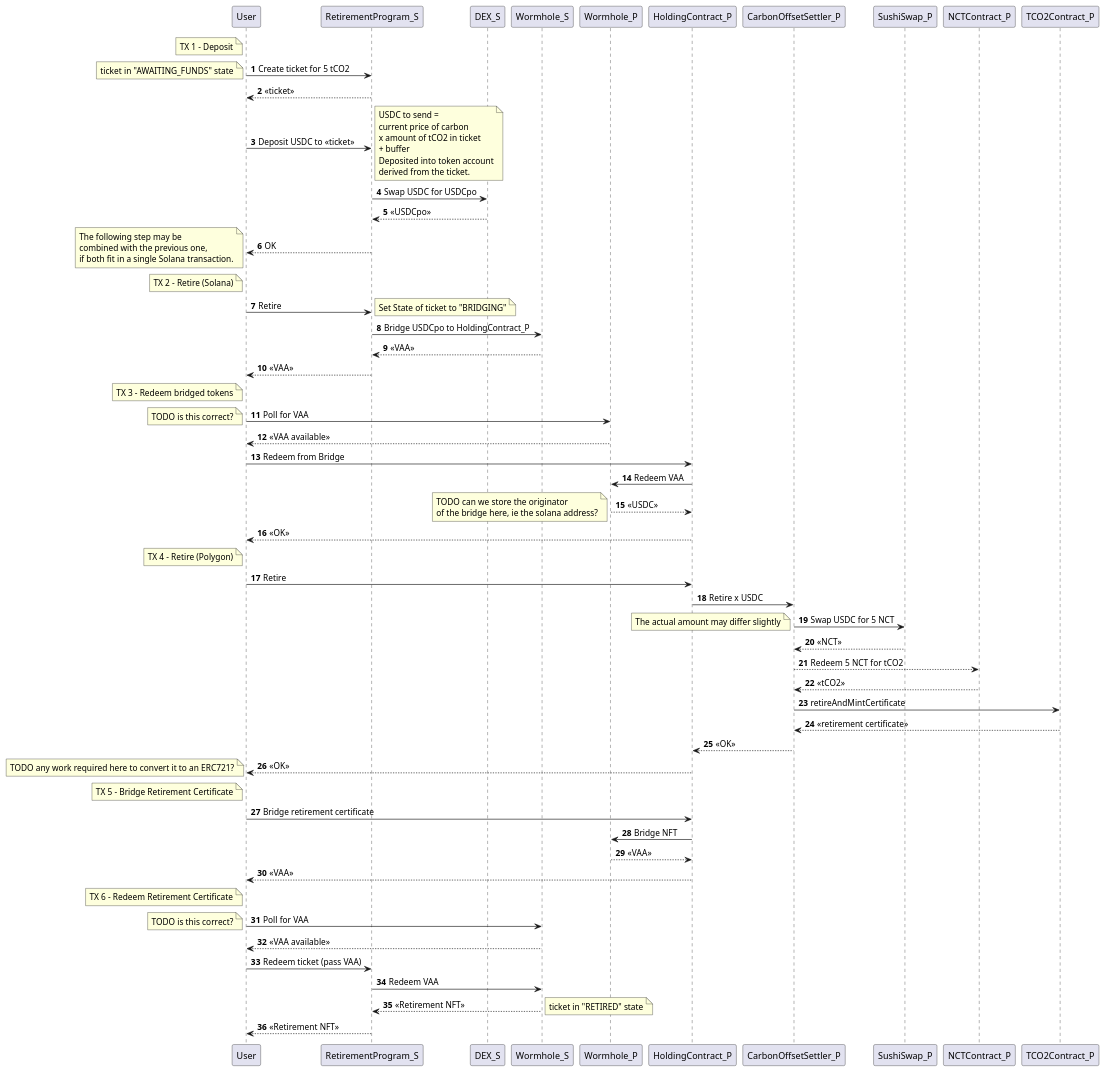
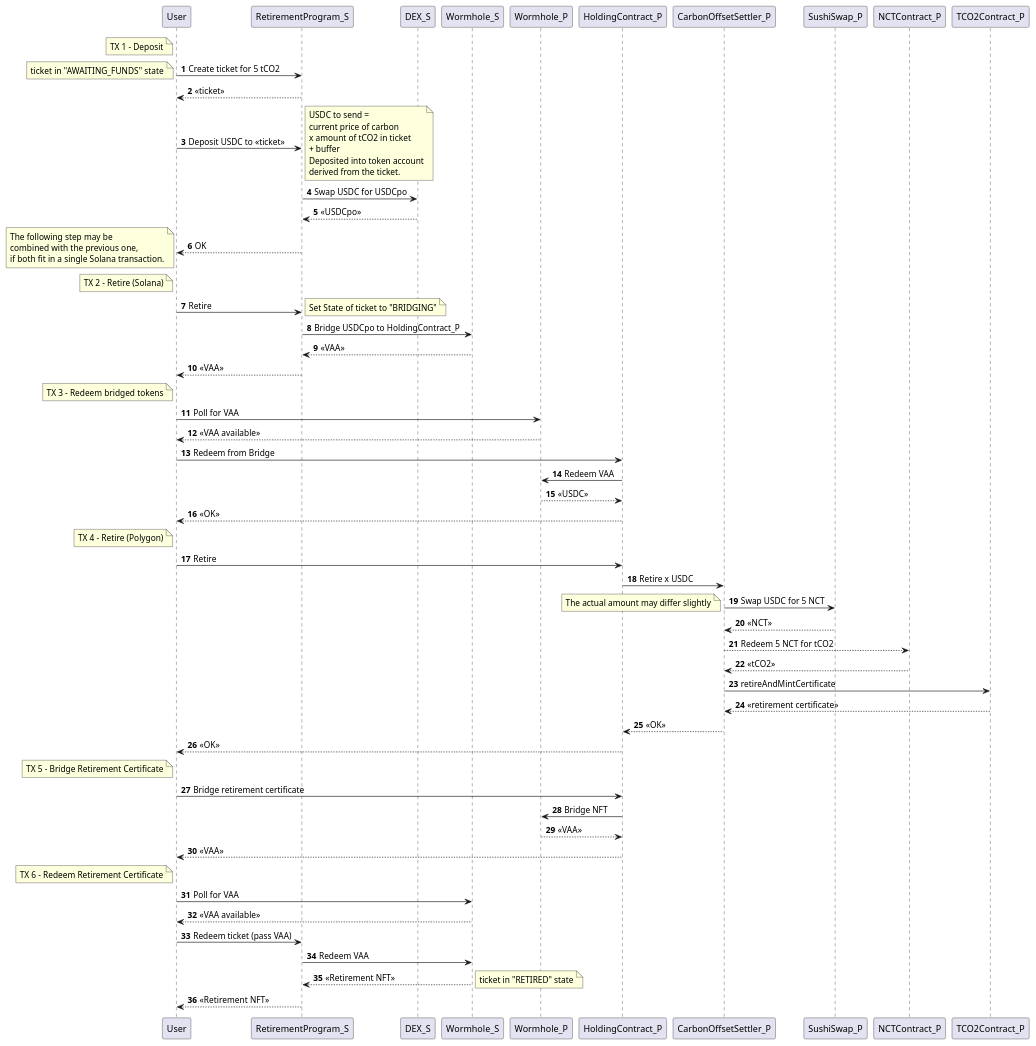
Before and after one commit to sunrise-stake/offset-bridge: the diagram in docs/Solana Carbon Retirement.puml, drawn with PlantUML.

Commit message:
Remove TODOs

```diff
--- a/docs/Solana Carbon Retirement.puml
+++ b/docs/Solana Carbon Retirement.puml
@@ -1,113 +1,98 @@
 @startuml
 'https://plantuml.com/sequence-diagram
 
 autonumber
 
 note left of User
 TX 1 - Deposit
 end note
 
 User -> RetirementProgram_S: Create ticket for 5 tCO2
 note left
 ticket in "AWAITING_FUNDS" state
 end note
 RetirementProgram_S --> User: <<ticket>>
 User->RetirementProgram_S: Deposit USDC to <<ticket>>
 note right
 USDC to send =
 current price of carbon
 x amount of tCO2 in ticket
 + buffer
 Deposited into token account
 derived from the ticket.
 end note
 RetirementProgram_S->DEX_S: Swap USDC for USDCpo
 DEX_S-->RetirementProgram_S: <<USDCpo>>
 RetirementProgram_S-->User: OK
 
 note left of User
 TX 2 - Retire (Solana)
 end note
 
 note left
 The following step may be
 combined with the previous one,
 if both fit in a single Solana transaction.
 end note
 User->RetirementProgram_S: Retire
 note right
 Set State of ticket to "BRIDGING"
 end note
 RetirementProgram_S->Wormhole_S: Bridge USDCpo to HoldingContract_P
 Wormhole_S-->RetirementProgram_S: <<VAA>>
 RetirementProgram_S-->User: <<VAA>>
 
 note left of User
 TX 3 - Redeem bridged tokens
 end note
 
 User->Wormhole_P: Poll for VAA
-note left
-TODO is this correct?
-end note
 Wormhole_P-->User: <<VAA available>>
 User->HoldingContract_P: Redeem from Bridge
 HoldingContract_P->Wormhole_P:Redeem VAA
 Wormhole_P-->HoldingContract_P: <<USDC>>
-note left
-TODO can we store the originator
-of the bridge here, ie the solana address?
-end note
 HoldingContract_P-->User: <<OK>>
 
 note left of User
 TX 4 - Retire (Polygon)
 end note
 
 User->HoldingContract_P:Retire
 HoldingContract_P->CarbonOffsetSettler_P:Retire x USDC
 CarbonOffsetSettler_P->SushiSwap_P: Swap USDC for 5 NCT
 note left
 The actual amount may differ slightly
 end note
 SushiSwap_P-->CarbonOffsetSettler_P: <<NCT>>
 
 CarbonOffsetSettler_P-->NCTContract_P: Redeem 5 NCT for tCO2
 NCTContract_P-->CarbonOffsetSettler_P:<<tCO2>>
 CarbonOffsetSettler_P->TCO2Contract_P:retireAndMintCertificate
 TCO2Contract_P-->CarbonOffsetSettler_P:<<retirement certificate>>
 CarbonOffsetSettler_P-->HoldingContract_P: <<OK>>
 HoldingContract_P-->User: <<OK>>
-
-note left
-TODO any work required here to convert it to an ERC721?
-end note
-
 note left of User
 TX 5 - Bridge Retirement Certificate
 end note
 
 User->HoldingContract_P:Bridge retirement certificate
 HoldingContract_P->Wormhole_P: Bridge NFT
 Wormhole_P-->HoldingContract_P: <<VAA>>
 HoldingContract_P-->User: <<VAA>>
 
 note left of User
 TX 6 - Redeem Retirement Certificate
 end note
 
 User->Wormhole_S: Poll for VAA
-note left
-TODO is this correct?
-end note
 Wormhole_S-->User: <<VAA available>>
 User->RetirementProgram_S: Redeem ticket (pass VAA)
 RetirementProgram_S->Wormhole_S: Redeem VAA
 Wormhole_S-->RetirementProgram_S: <<Retirement NFT>>
 note right
 ticket in "RETIRED" state
 end note
 RetirementProgram_S-->User:<<Retirement NFT>>
 
 
 @enduml
```
